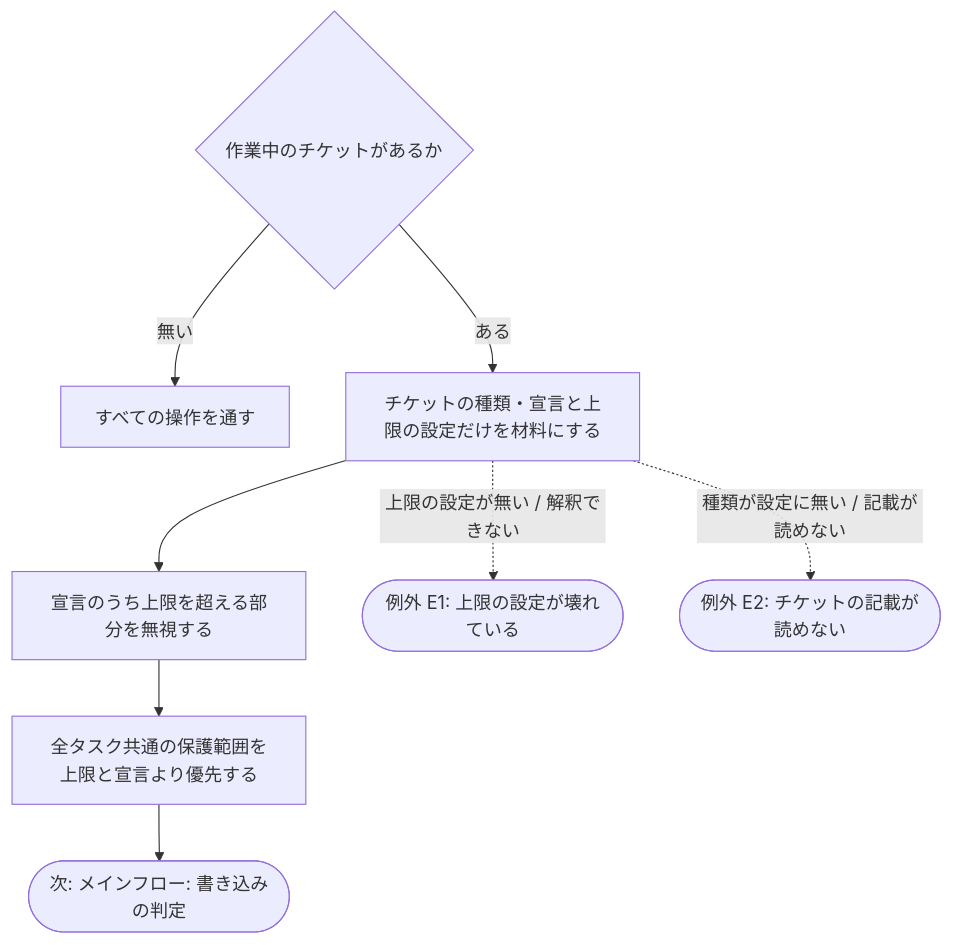
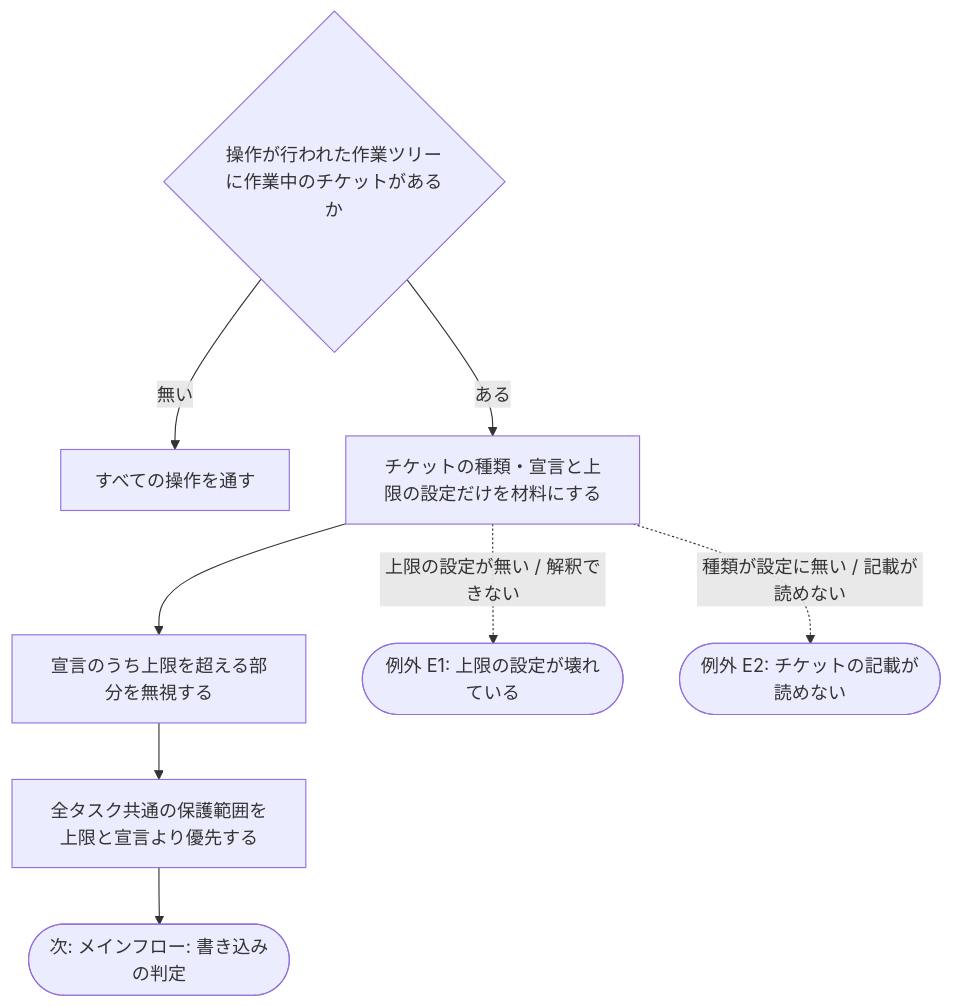
Before and after one commit to yuki-matsu783/issue-mr-ticket-workflow: the first of 5 diagrams in .claude/docs/00_requirement/hooks/20-PreToolUse/workflow-guard.md, drawn with Mermaid. The commit also changed other lines of this file and 84 other files, not shown here.

````diff
--- a/.claude/docs/00_requirement/hooks/20-PreToolUse/workflow-guard.md
+++ b/.claude/docs/00_requirement/hooks/20-PreToolUse/workflow-guard.md
@@ -43,14 +54,14 @@
 ```mermaid
 flowchart TD
-  M1{作業中のチケットがあるか}
+  M1{操作が行われた作業ツリーに作業中のチケットがあるか}
   M1 -->|無い| M2[すべての操作を通す]
   M1 -->|ある| M3[チケットの種類・宣言と上限の設定だけを材料にする]
   M3 --> M4[宣言のうち上限を超える部分を無視する]
   M4 --> M5[全タスク共通の保護範囲を上限と宣言より優先する]
   M5 --> N1
   M3 -.->|上限の設定が無い / 解釈できない| E1
   M3 -.->|種類が設定に無い / 記載が読めない| E2
   N1([次: メインフロー: 書き込みの判定])
   E1([例外 E1: 上限の設定が壊れている])
   E2([例外 E2: チケットの記載が読めない])
 ```
````
